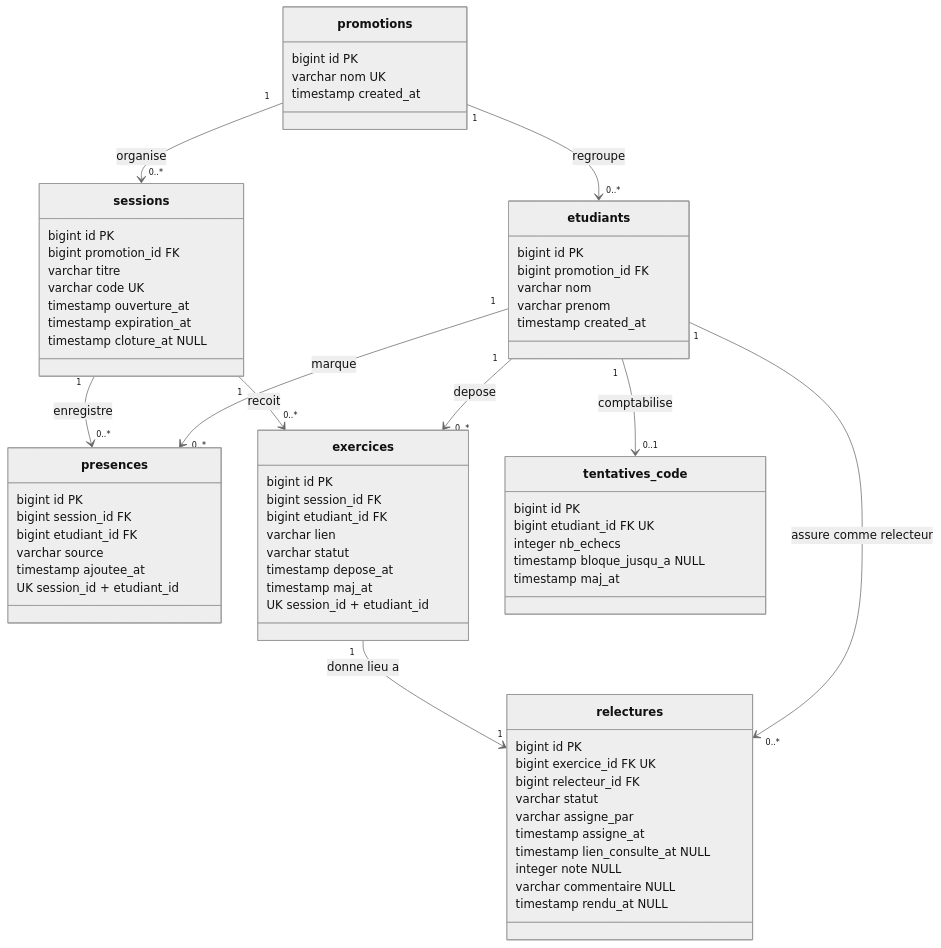
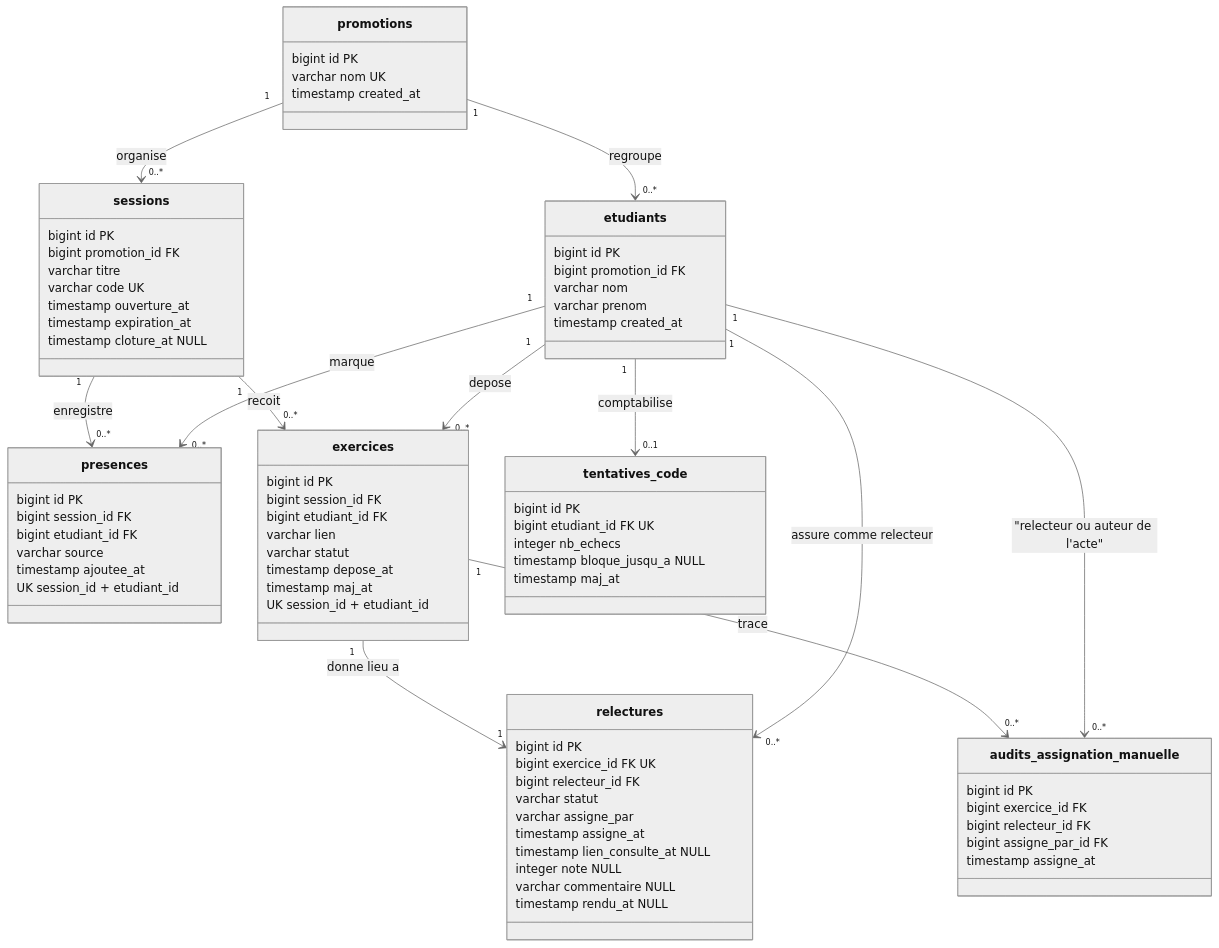
One commit to Ulrichsk/KFOKAM48-EPREUVE-249 changed the diagram in docs/diagrammes/D2.md. Above: the diagram before and after it, drawn with Mermaid (neutral theme). The commit also changed other lines of this file and 3 other files, not shown here.

````diff
--- a/docs/diagrammes/D2.md
+++ b/docs/diagrammes/D2.md
@@ -82,6 +87,14 @@
         timestamp maj_at
     }
 
+    class audits_assignation_manuelle {
+        bigint id PK
+        bigint exercice_id FK
+        bigint relecteur_id FK
+        bigint assigne_par_id FK
+        timestamp assigne_at
+    }
+
     promotions "1" --> "0..*" etudiants : regroupe
     promotions "1" --> "0..*" sessions : organise
     sessions "1" --> "0..*" presences : enregistre
@@ -91,4 +104,6 @@
     exercices "1" --> "1" relectures : donne lieu a
     etudiants "1" --> "0..*" relectures : assure comme relecteur
     etudiants "1" --> "0..1" tentatives_code : comptabilise
+    exercices "1" --> "0..*" audits_assignation_manuelle : trace
+    etudiants "1" --> "0..*" audits_assignation_manuelle : "relecteur ou auteur de l'acte"
 ```
````
